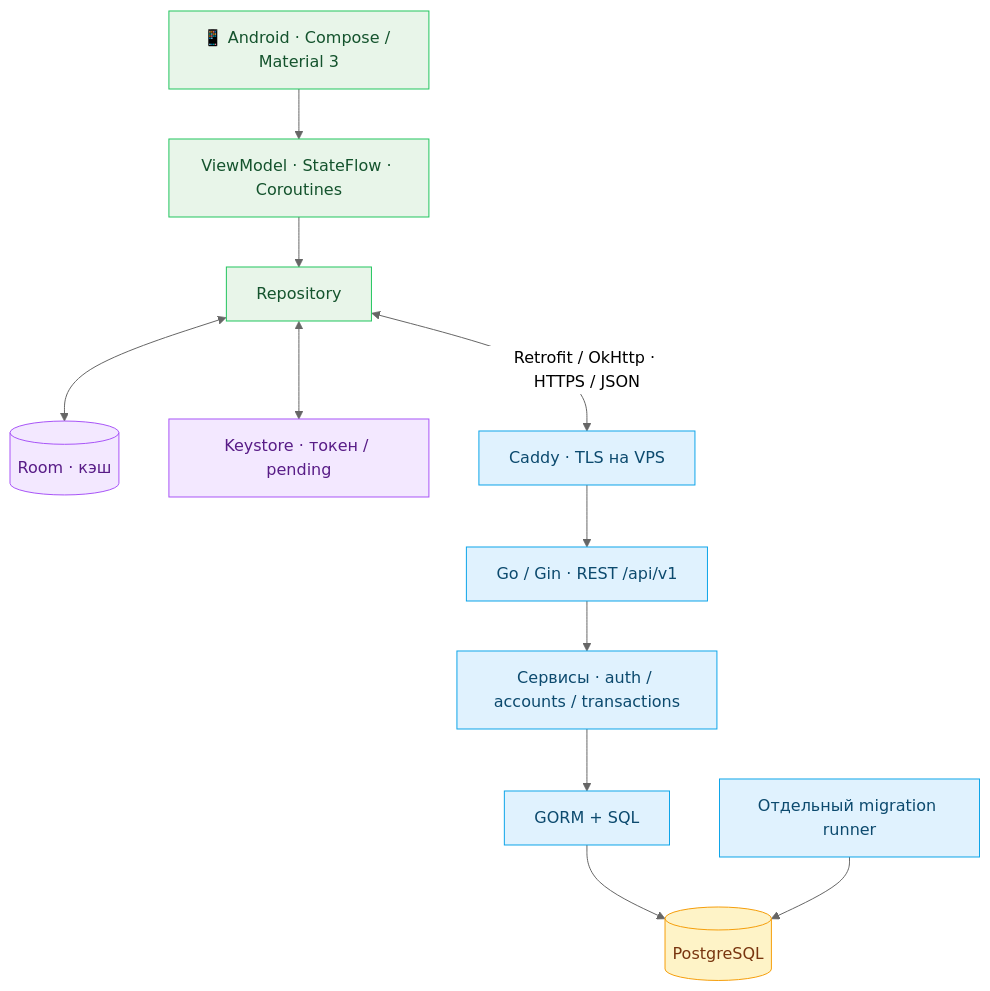
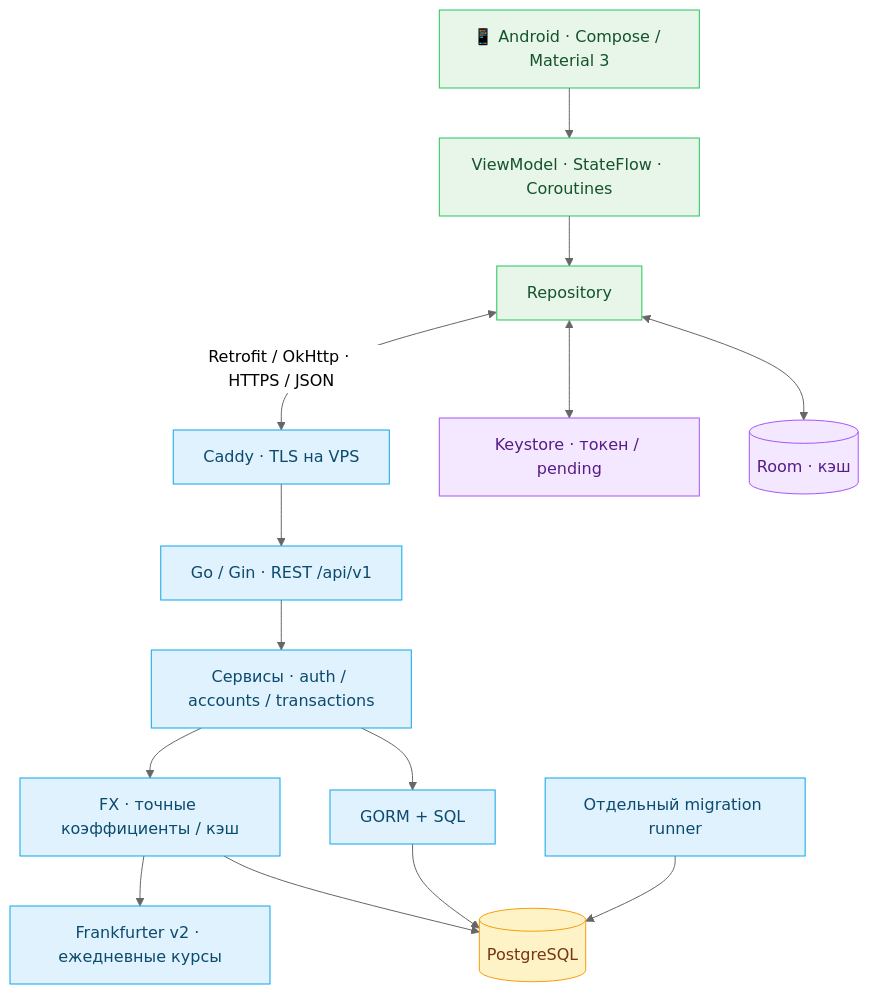
One commit to drissakov/moneyflow changed the diagram in README.md. Above: the diagram before and after it, drawn with Mermaid (neutral theme). The commit also changed other lines of this file and 38 other files, not shown here.

```diff
--- a/README.md
+++ b/README.md
@@ -58,21 +61,24 @@
 ~~~mermaid
 flowchart TD
     UI["📱 Android · Compose / Material 3"] --> VM["ViewModel · StateFlow · Coroutines"]
     VM --> R["Repository"]
     R <--> ROOM[("Room · кэш")]
     R <--> SEC["Keystore · токен / pending"]
     R <-->|"Retrofit / OkHttp · HTTPS / JSON"| EDGE["Caddy · TLS на VPS"]
     EDGE --> API["Go / Gin · REST /api/v1"]
     API --> SVC["Сервисы · auth / accounts / transactions"]
     SVC --> ORM["GORM + SQL"]
     ORM --> PG[("PostgreSQL")]
+    SVC --> FX["FX · точные коэффициенты / кэш"]
+    FX --> PG
+    FX --> FF["Frankfurter v2 · ежедневные курсы"]
     MIG["Отдельный migration runner"] --> PG
     classDef android fill:#E8F5E9,stroke:#22C55E,color:#14532D
     classDef local fill:#F3E8FF,stroke:#A855F7,color:#581C87
     classDef backend fill:#E0F2FE,stroke:#0EA5E9,color:#0C4A6E
     classDef database fill:#FEF3C7,stroke:#F59E0B,color:#78350F
     class UI,VM,R android
     class ROOM,SEC local
-    class EDGE,API,SVC,ORM,MIG backend
+    class EDGE,API,SVC,ORM,MIG,FX,FF backend
     class PG database
 ~~~
```
